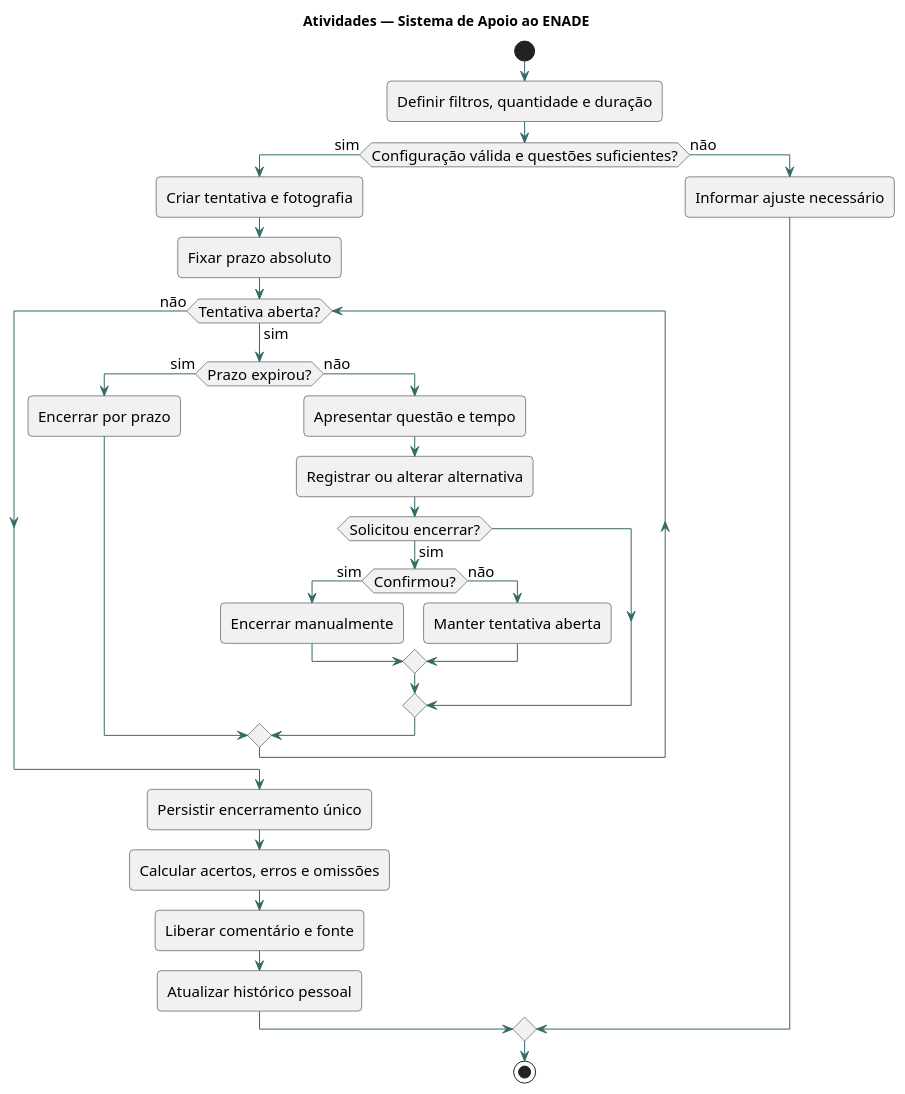
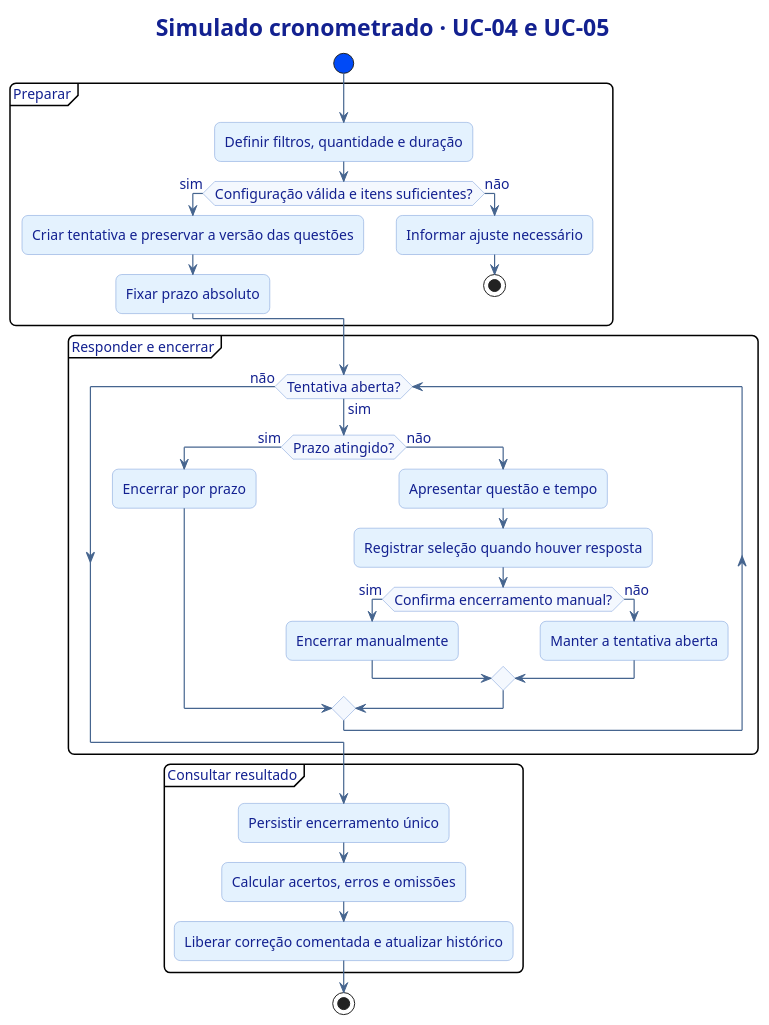
Before and after one commit to SamirMaia91/requisitos-20262--grupo2: the diagram in Requisitos/Artefatos/SistemaApoioENADE/UML/Atividades.puml, drawn with PlantUML. The commit also changed 71 other files, not shown here.

```diff
--- a/Requisitos/Artefatos/SistemaApoioENADE/UML/Atividades.puml
+++ b/Requisitos/Artefatos/SistemaApoioENADE/UML/Atividades.puml
@@ -1,43 +1,77 @@
 @startuml
 skinparam backgroundColor #FFFFFF
-skinparam defaultFontName SansSerif
-skinparam defaultFontSize 15
+skinparam defaultFontName Arial
+skinparam defaultFontSize 14
+skinparam defaultFontColor #132190
+skinparam titleFontColor #132190
+skinparam titleFontSize 23
 skinparam shadowing false
-skinparam ArrowColor #346B68
-skinparam componentStyle uml2
-skinparam roundcorner 8
-skinparam classBackgroundColor #F1F7F6
-skinparam usecaseBackgroundColor #F1F7F6
-skinparam componentBackgroundColor #F1F7F6
-skinparam nodeBackgroundColor #F1F7F6
+skinparam ArrowColor #46658F
+skinparam ArrowThickness 1.2
+skinparam roundcorner 12
+skinparam BorderColor #87A8DE
+skinparam actorBorderColor #132190
+skinparam actorFontColor #132190
+skinparam actorBackgroundColor #E4F2FE
+skinparam packageBorderColor #87A8DE
+skinparam packageBackgroundColor #F7FAFF
+skinparam rectangleBorderColor #87A8DE
+skinparam rectangleBackgroundColor #FFFFFF
+skinparam usecaseBorderColor #7096D6
+skinparam usecaseBackgroundColor #E4F2FE
+skinparam classBackgroundColor #F4F8FE
+skinparam classBorderColor #7096D6
+skinparam componentBackgroundColor #E4F2FE
+skinparam componentBorderColor #7096D6
+skinparam nodeBackgroundColor #F4F8FE
+skinparam nodeBorderColor #7096D6
+skinparam databaseBackgroundColor #E4F2FE
+skinparam databaseBorderColor #7096D6
+skinparam noteBackgroundColor #F7FAFF
+skinparam noteBorderColor #87A8DE
+skinparam sequenceGroupBorderColor #87A8DE
+skinparam sequenceGroupBackgroundColor #E4F2FE
+skinparam sequenceLifeLineBorderColor #87A8DE
+skinparam sequenceParticipantBorderColor #7096D6
+skinparam sequenceParticipantBackgroundColor #E4F2FE
 skinparam sequenceMessageAlign center
-title Atividades — Sistema de Apoio ao ENADE
+skinparam activityBackgroundColor #E4F2FE
+skinparam activityBorderColor #7096D6
+skinparam activityDiamondBackgroundColor #F4F8FE
+skinparam activityDiamondBorderColor #7096D6
+skinparam activityStartColor #004AF7
+skinparam activityEndColor #132190
+title Simulado cronometrado · UC-04 e UC-05
 start
-:Definir filtros, quantidade e duração;
-if (Configuração válida e questões suficientes?) then (sim)
- :Criar tentativa e fotografia;
- :Fixar prazo absoluto;
+partition "Preparar" {
+ :Definir filtros, quantidade e duração;
+ if (Configuração válida e itens suficientes?) then (sim)
+  :Criar tentativa e preservar a versão das questões;
+  :Fixar prazo absoluto;
+ else (não)
+  :Informar ajuste necessário;
+  stop
+ endif
+}
+partition "Responder e encerrar" {
  while (Tentativa aberta?) is (sim)
-  if (Prazo expirou?) then (sim)
+  if (Prazo atingido?) then (sim)
    :Encerrar por prazo;
   else (não)
    :Apresentar questão e tempo;
-   :Registrar ou alterar alternativa;
-   if (Solicitou encerrar?) then (sim)
-    if (Confirmou?) then (sim)
-     :Encerrar manualmente;
-    else (não)
-     :Manter tentativa aberta;
-    endif
+   :Registrar seleção quando houver resposta;
+   if (Confirma encerramento manual?) then (sim)
+    :Encerrar manualmente;
+   else (não)
+    :Manter a tentativa aberta;
    endif
   endif
  endwhile (não)
+}
+partition "Consultar resultado" {
  :Persistir encerramento único;
  :Calcular acertos, erros e omissões;
- :Liberar comentário e fonte;
- :Atualizar histórico pessoal;
-else (não)
- :Informar ajuste necessário;
-endif
+ :Liberar correção comentada e atualizar histórico;
+}
 stop
 @enduml
```
